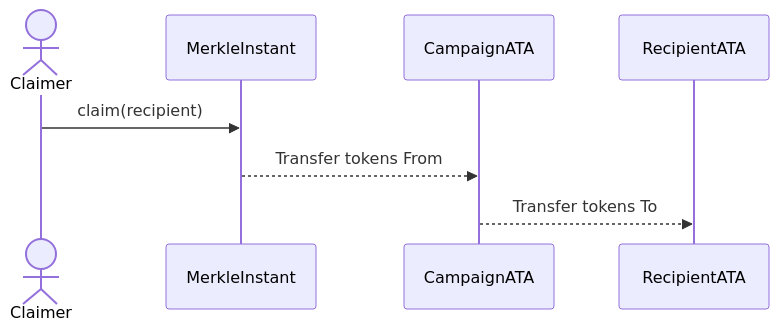
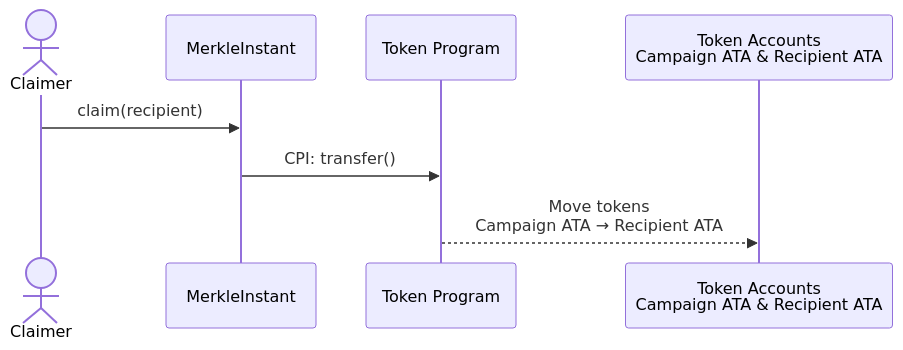
The seventh of 8 diagrams in docs/solana/accounts-architecture/02-merkle-instant.md (sablier-labs/docs), drawn with Mermaid before and after one commit. The commit also changed other lines of this file and 1 other file, not shown here.

Commit message:
improve token diagrams

````diff
--- a/docs/solana/accounts-architecture/02-merkle-instant.md
+++ b/docs/solana/accounts-architecture/02-merkle-instant.md
@@ -102,8 +102,11 @@
 ```mermaid
 sequenceDiagram
     actor Claimer
+    participant MerkleInstant
+    participant TokenProgram as Token Program
+    participant Accounts as Token Accounts<br/>Campaign ATA & Recipient ATA
 
     Claimer->>MerkleInstant: claim(recipient)
-    MerkleInstant -->> CampaignATA: Transfer tokens From
-    CampaignATA -->> RecipientATA: Transfer tokens To
+    MerkleInstant->>TokenProgram: CPI: transfer()
+    TokenProgram-->>Accounts: Move tokens<br/>Campaign ATA → Recipient ATA
 ```
````
